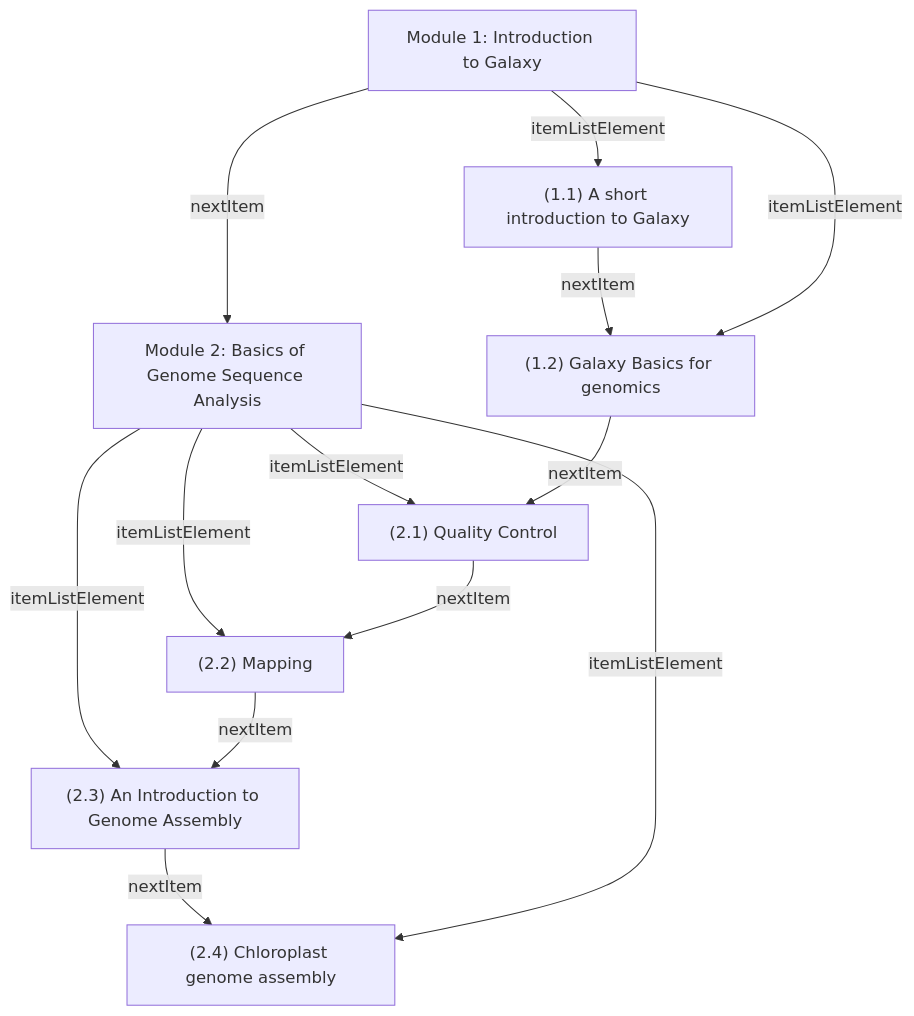
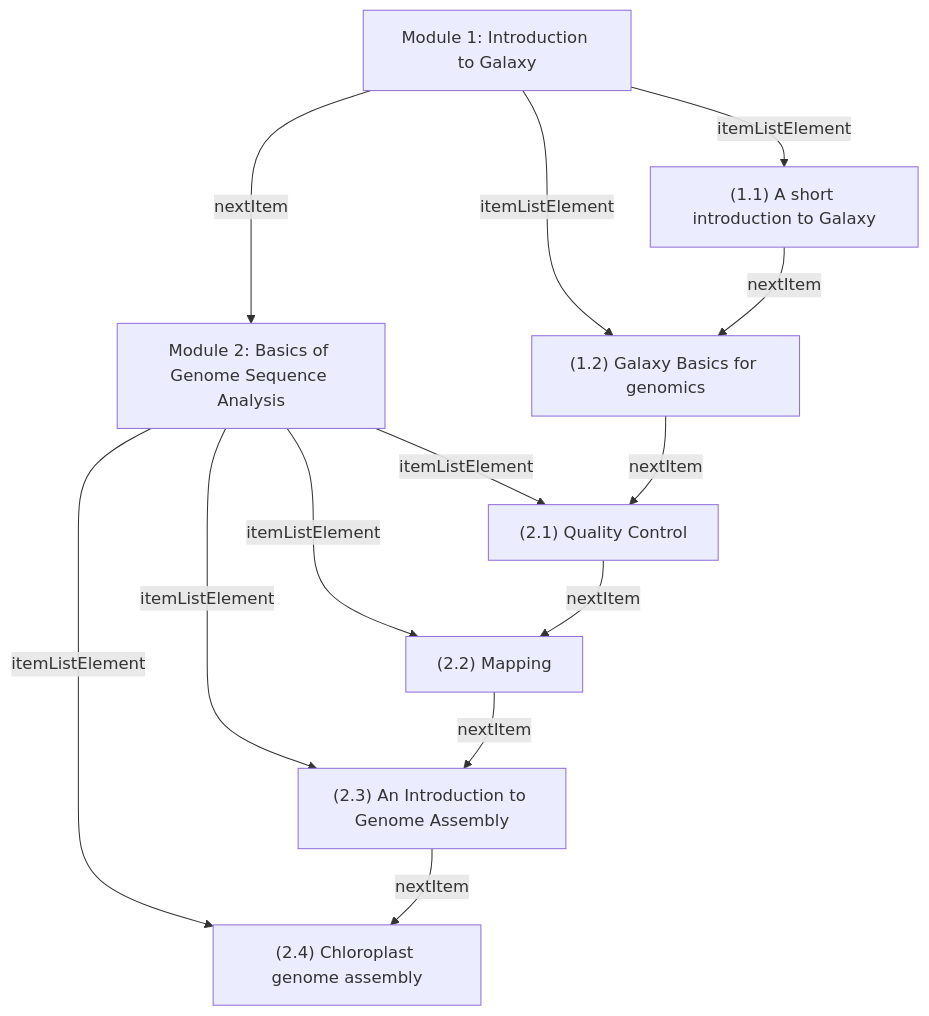
The diagram in lp1.mmd (BioSchemas/LearningPath-sandbox), drawn with Mermaid before and after one commit. The commit also changed other lines of this file and 1 other file, not shown here.

```diff
--- a/lp1.mmd
+++ b/lp1.mmd
@@ -1,37 +1,37 @@
 graph TD
-N2["(1.1) A short introduction to Galaxy"]
-N3["(1.2) Galaxy Basics for genomics"]
-N2 -- nextItem --> N3
-N7["(2.3) An Introduction to Genome Assembly"]
-N8["(2.4) Chloroplast genome assembly"]
-N7 -- nextItem --> N8
-N4["Module 2: Basics of Genome Sequence Analysis"]
-N7["(2.3) An Introduction to Genome Assembly"]
-N4 -- itemListElement --> N7
-N4["Module 2: Basics of Genome Sequence Analysis"]
-N8["(2.4) Chloroplast genome assembly"]
-N4 -- itemListElement --> N8
-N4["Module 2: Basics of Genome Sequence Analysis"]
-N6["(2.2) Mapping"]
-N4 -- itemListElement --> N6
-N6["(2.2) Mapping"]
-N7["(2.3) An Introduction to Genome Assembly"]
-N6 -- nextItem --> N7
-N5["(2.1) Quality Control"]
-N6["(2.2) Mapping"]
-N5 -- nextItem --> N6
-N4["Module 2: Basics of Genome Sequence Analysis"]
-N5["(2.1) Quality Control"]
-N4 -- itemListElement --> N5
 N1["Module 1: Introduction to Galaxy"]
 N3["(1.2) Galaxy Basics for genomics"]
 N1 -- itemListElement --> N3
 N1["Module 1: Introduction to Galaxy"]
 N2["(1.1) A short introduction to Galaxy"]
 N1 -- itemListElement --> N2
+N4["Module 2: Basics of Genome Sequence Analysis"]
+N8["(2.4) Chloroplast genome assembly"]
+N4 -- itemListElement --> N8
+N2["(1.1) A short introduction to Galaxy"]
+N3["(1.2) Galaxy Basics for genomics"]
+N2 -- nextItem --> N3
+N1["Module 1: Introduction to Galaxy"]
+N4["Module 2: Basics of Genome Sequence Analysis"]
+N1 -- nextItem --> N4
+N7["(2.3) An Introduction to Genome Assembly"]
+N8["(2.4) Chloroplast genome assembly"]
+N7 -- nextItem --> N8
+N4["Module 2: Basics of Genome Sequence Analysis"]
+N5["(2.1) Quality Control"]
+N4 -- itemListElement --> N5
+N4["Module 2: Basics of Genome Sequence Analysis"]
+N6["(2.2) Mapping"]
+N4 -- itemListElement --> N6
+N4["Module 2: Basics of Genome Sequence Analysis"]
+N7["(2.3) An Introduction to Genome Assembly"]
+N4 -- itemListElement --> N7
+N6["(2.2) Mapping"]
+N7["(2.3) An Introduction to Genome Assembly"]
+N6 -- nextItem --> N7
 N3["(1.2) Galaxy Basics for genomics"]
 N5["(2.1) Quality Control"]
 N3 -- nextItem --> N5
-N1["Module 1: Introduction to Galaxy"]
-N4["Module 2: Basics of Genome Sequence Analysis"]
-N1 -- nextItem --> N4
+N5["(2.1) Quality Control"]
+N6["(2.2) Mapping"]
+N5 -- nextItem --> N6
```
